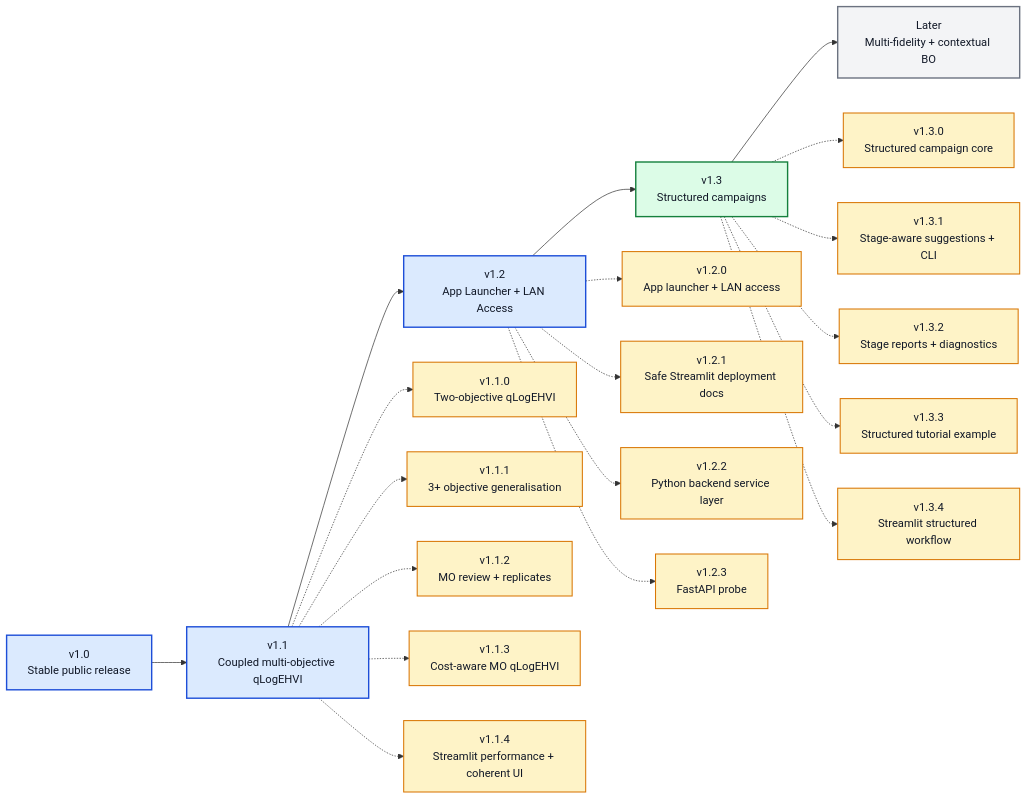
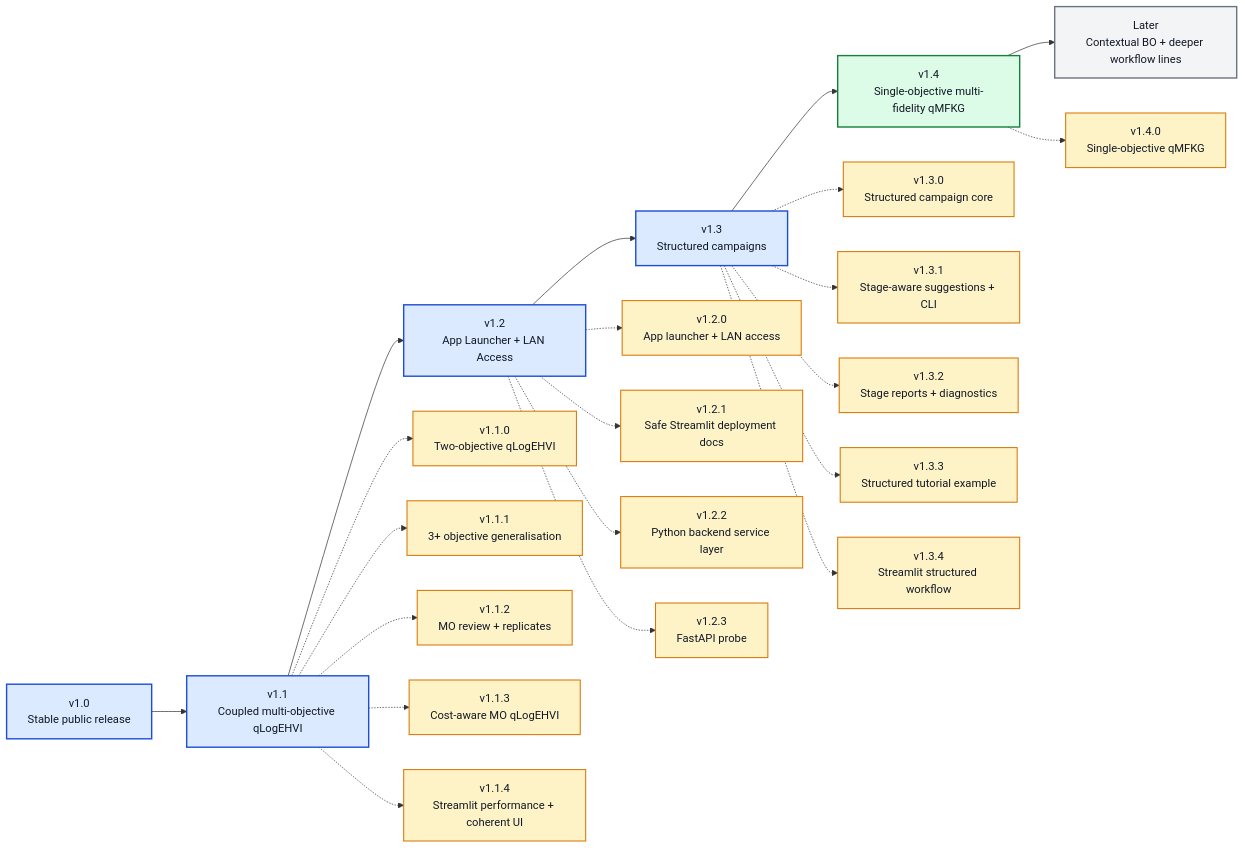
Before and after one commit to angzeli/bo-forge: the diagram in ROADMAP_V1_X.md, drawn with Mermaid. The commit also changed other lines of this file and 36 other files, not shown here.

Commit message:
v1.4.0 update: Add support for single-objective multi-fidelity BO

````diff
--- a/ROADMAP_V1_X.md
+++ b/ROADMAP_V1_X.md
@@ -7,44 +7,46 @@
 ```mermaid
 flowchart LR
-    v10["v1.0<br/>Stable public release"] --> v11["v1.1<br/>Coupled multi-objective qLogEHVI"] --> v12["v1.2<br/>App Launcher + LAN Access"] --> v13["v1.3<br/>Structured campaigns"] --> later["Later<br/>Multi-fidelity + contextual BO"]
+    v10["v1.0<br/>Stable public release"] --> v11["v1.1<br/>Coupled multi-objective qLogEHVI"] --> v12["v1.2<br/>App Launcher + LAN Access"] --> v13["v1.3<br/>Structured campaigns"] --> v14["v1.4<br/>Single-objective multi-fidelity qMFKG"] --> later["Later<br/>Contextual BO + deeper workflow lines"]
 
     v110["v1.1.0<br/>Two-objective qLogEHVI"]
     v111["v1.1.1<br/>3+ objective generalisation"]
     v112["v1.1.2<br/>MO review + replicates"]
     v113["v1.1.3<br/>Cost-aware MO qLogEHVI"]
     v114["v1.1.4<br/>Streamlit performance + coherent UI"]
     v120["v1.2.0<br/>App launcher + LAN access"]
     v121["v1.2.1<br/>Safe Streamlit deployment docs"]
     v122["v1.2.2<br/>Python backend service layer"]
     v123["v1.2.3<br/>FastAPI probe"]
     v130["v1.3.0<br/>Structured campaign core"]
     v131["v1.3.1<br/>Stage-aware suggestions + CLI"]
     v132["v1.3.2<br/>Stage reports + diagnostics"]
     v133["v1.3.3<br/>Structured tutorial example"]
     v134["v1.3.4<br/>Streamlit structured workflow"]
+    v140["v1.4.0<br/>Single-objective qMFKG"]
     
     v11 -.-> v110
     v11 -.-> v111
     v11 -.-> v112
     v11 -.-> v113
     v11 -.-> v114
     v12 -.-> v120
     v12 -.-> v121
     v12 -.-> v122
     v12 -.-> v123
     v13 -.-> v130
     v13 -.-> v131
     v13 -.-> v132
     v13 -.-> v133
     v13 -.-> v134
+    v14 -.-> v140
 
-    class v10,v11,v12 majorDone
-    class v13 majorActive
+    class v10,v11,v12,v13 majorDone
+    class v14 majorActive
     class later majorFuture
-    class v110,v111,v112,v113,v114,v120,v121,v122,v123,v130,v131,v132,v133,v134 patchDone
+    class v110,v111,v112,v113,v114,v120,v121,v122,v123,v130,v131,v132,v133,v134,v140 patchDone
 
     classDef majorDone fill:#dbeafe,stroke:#1d4ed8,stroke-width:2px,color:#111827;
     classDef majorActive fill:#dcfce7,stroke:#15803d,stroke-width:2px,color:#111827;
     classDef majorFuture fill:#f3f4f6,stroke:#6b7280,stroke-width:2px,color:#111827;
     classDef patchDone fill:#fef3c7,stroke:#d97706,stroke-width:1.5px,color:#111827;
 ```
````
